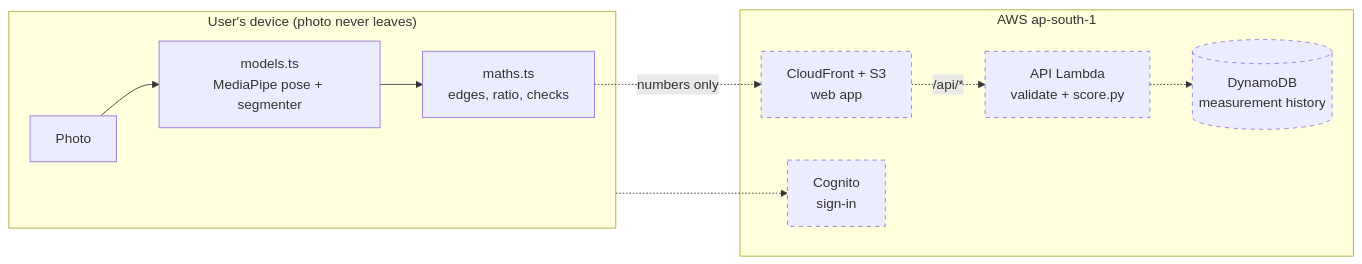
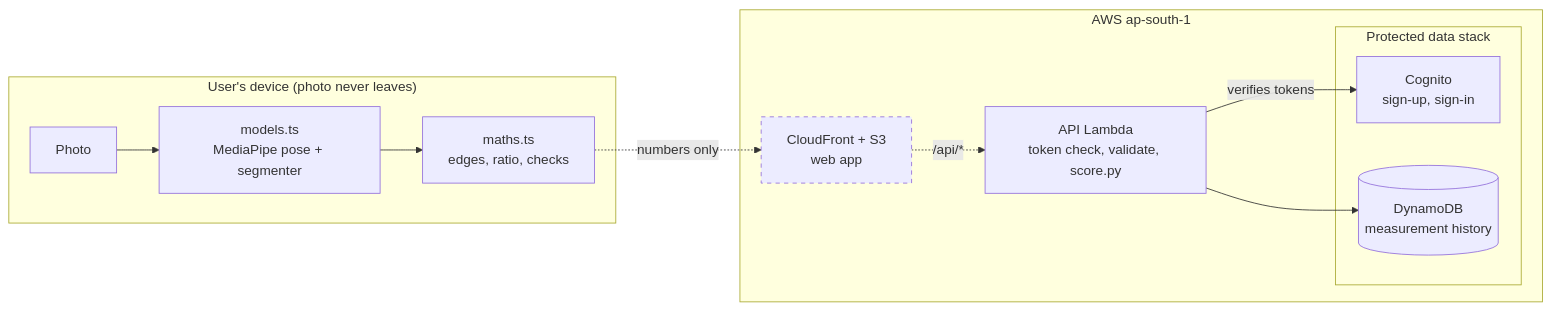
Before and after one commit to ashutosharmadev/LiftLens: the first of 2 diagrams in README.md, drawn with Mermaid. The commit also changed other lines of this file and 3 other files, not shown here.

````diff
--- a/README.md
+++ b/README.md
@@ -33,22 +33,24 @@
 ```mermaid
 flowchart LR
     subgraph Device["User's device (photo never leaves)"]
         Photo[Photo] --> Models["models.ts<br/>MediaPipe pose + segmenter"]
         Models --> Maths["maths.ts<br/>edges, ratio, checks"]
     end
 
     subgraph AWS["AWS ap-south-1"]
         CF["CloudFront + S3<br/>web app"]
-        Cognito["Cognito<br/>sign-in"]
-        API["API Lambda<br/>validate + score.py"]
-        DB[("DynamoDB<br/>measurement history")]
+        API["API Lambda<br/>token check, validate, score.py"]
+        subgraph Data["Protected data stack"]
+            Cognito["Cognito<br/>sign-up, sign-in"]
+            DB[("DynamoDB<br/>measurement history")]
+        end
     end
 
     Maths -. "numbers only" .-> CF
     CF -. "/api/*" .-> API
-    API -.-> DB
-    Device -.-> Cognito
+    API --> DB
+    API -- "verifies tokens" --> Cognito
 
-    class CF,Cognito,API,DB planned
+    class CF planned
     classDef planned stroke-dasharray: 5 5
 ```
````
